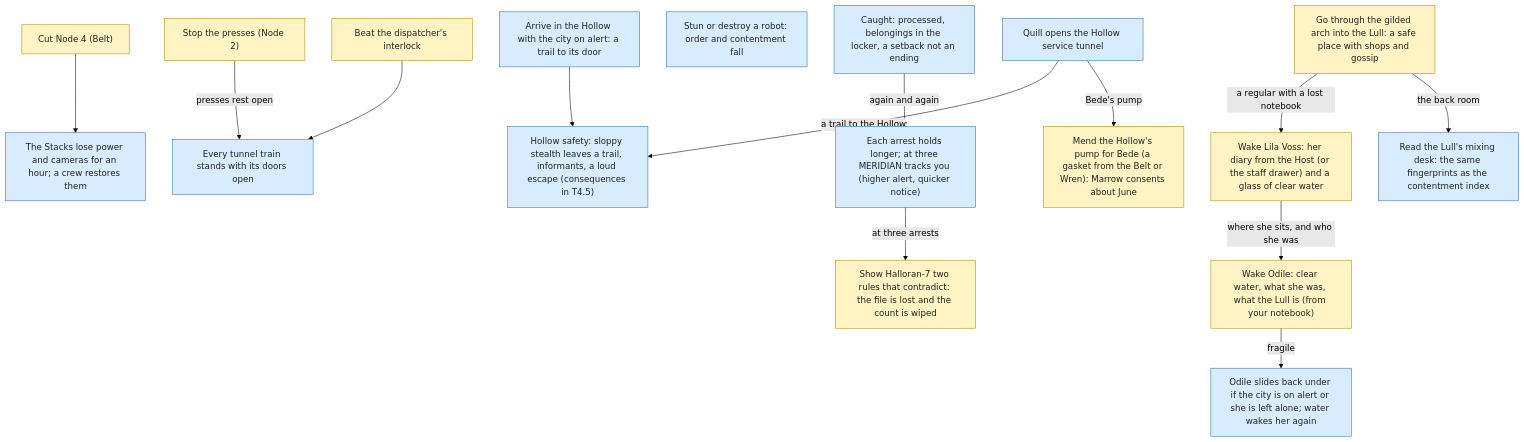
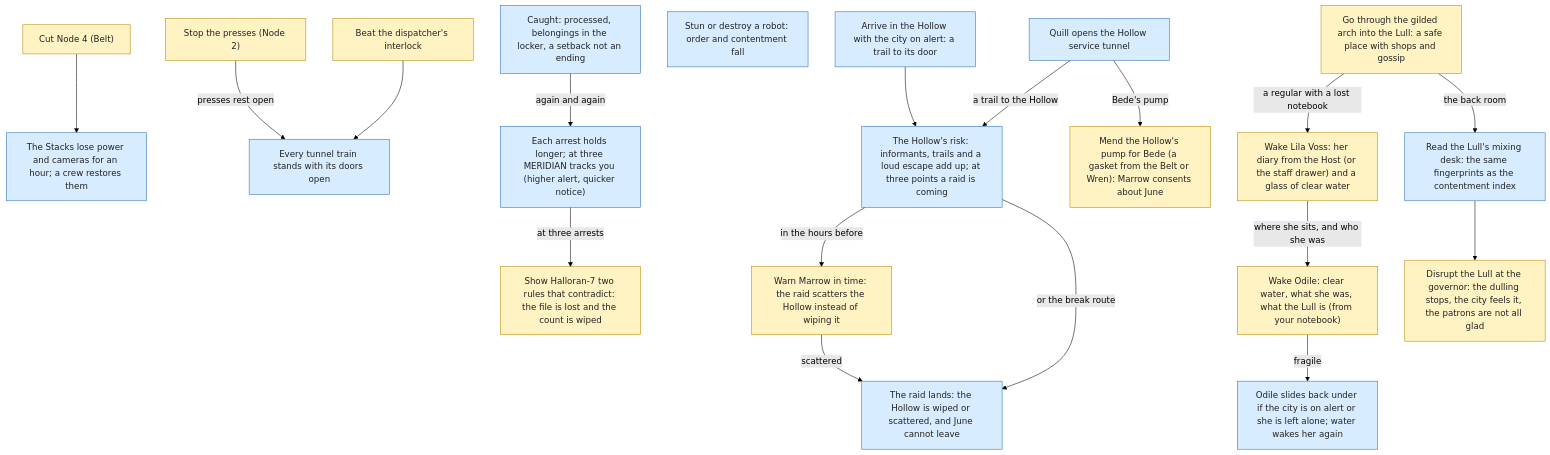
One commit to chrislee35/quiet-hours changed the fifth of 7 diagrams in docs/decision-tree.md. Above: the diagram before and after it, drawn with Mermaid (forest theme). The commit also changed 21 other files, not shown here.

Commit message:
T4.5: the Hollow's discovery risk as points (informant, trails, lookout), a raid that can be averted or warned of and scatters or wipes, the break route's cost to it; the Lull's governor and what disrupting it does; tests and docs

````diff
--- a/docs/decision-tree.md
+++ b/docs/decision-tree.md
@@ -184,40 +184,47 @@
 ```mermaid
 flowchart TD
   n_power["Cut Node 4 (Belt)"]
   n_blackout["The Stacks lose power and cameras for an hour; a crew restores them"]
   n_node2["Stop the presses (Node 2)"]
   n_interlock["Beat the dispatcher's interlock"]
   n_stopped["Every tunnel train stands with its doors open"]
   n_hollowdoor["Quill opens the Hollow service tunnel"]
-  n_hollowrisk["Hollow safety: sloppy stealth leaves a trail, informants, a loud escape (consequences in T4.5)"]
+  n_hollowrisk["The Hollow's risk: informants, trails and a loud escape add up; at three points a raid is coming"]
   n_stunned["Stun or destroy a robot: order and contentment fall"]
   n_caught["Caught: processed, belongings in the locker, a setback not an ending"]
   n_escalate["Each arrest holds longer; at three MERIDIAN tracks you (higher alert, quicker notice)"]
   n_halloran["Show Halloran-7 two rules that contradict: the file is lost and the count is wiped"]
   n_lullarch["Go through the gilded arch into the Lull: a safe place with shops and gossip"]
   n_lila["Wake Lila Voss: her diary from the Host (or the staff drawer) and a glass of clear water"]
   n_lullcore["Read the Lull's mixing desk: the same fingerprints as the contentment index"]
   n_odilewake["Wake Odile: clear water, what she was, what the Lull is (from your notebook)"]
   n_odilelapse["Odile slides back under if the city is on alert or she is left alone; water wakes her again"]
   n_tomatoes["Mend the Hollow's pump for Bede (a gasket from the Belt or Wren): Marrow consents about June"]
   n_trail["Arrive in the Hollow with the city on alert: a trail to its door"]
+  n_warn["Warn Marrow in time: the raid scatters the Hollow instead of wiping it"]
+  n_raided["The raid lands: the Hollow is wiped or scattered, and June cannot leave"]
+  n_disrupt["Disrupt the Lull at the governor: the dulling stops, the city feels it, the patrons are not all glad"]
   n_power --> n_blackout
   n_node2 -->|presses rest open| n_stopped
   n_interlock --> n_stopped
   n_hollowdoor -->|a trail to the Hollow| n_hollowrisk
   n_caught -->|again and again| n_escalate
   n_escalate -->|at three arrests| n_halloran
   n_lullarch -->|a regular with a lost notebook| n_lila
   n_lullarch -->|the back room| n_lullcore
   n_lila -->|where she sits, and who she was| n_odilewake
   n_odilewake -->|fragile| n_odilelapse
   n_hollowdoor -->|Bede's pump| n_tomatoes
   n_trail --> n_hollowrisk
-  class n_power,n_node2,n_interlock,n_halloran,n_lullarch,n_lila,n_odilewake,n_tomatoes decision
-  class n_blackout,n_stopped,n_hollowdoor,n_hollowrisk,n_stunned,n_caught,n_escalate,n_lullcore,n_odilelapse,n_trail outcome
+  n_hollowrisk -->|in the hours before| n_warn
+  n_hollowrisk -->|or the break route| n_raided
+  n_warn -->|scattered| n_raided
+  n_lullcore --> n_disrupt
+  class n_power,n_node2,n_interlock,n_halloran,n_lullarch,n_lila,n_odilewake,n_tomatoes,n_warn,n_disrupt decision
+  class n_blackout,n_stopped,n_hollowdoor,n_hollowrisk,n_stunned,n_caught,n_escalate,n_lullcore,n_odilelapse,n_trail,n_raided outcome
   classDef decision fill:#fff3c4,stroke:#b58900,color:#222
   classDef outcome fill:#d8ecff,stroke:#2d6fb5,color:#222
   classDef achievement fill:#d9f2d9,stroke:#2e8b3d,color:#222
   classDef state fill:#eeeeee,stroke:#777,color:#222
   classDef planned stroke-dasharray:5 4,fill-opacity:0.5
 ```
````
